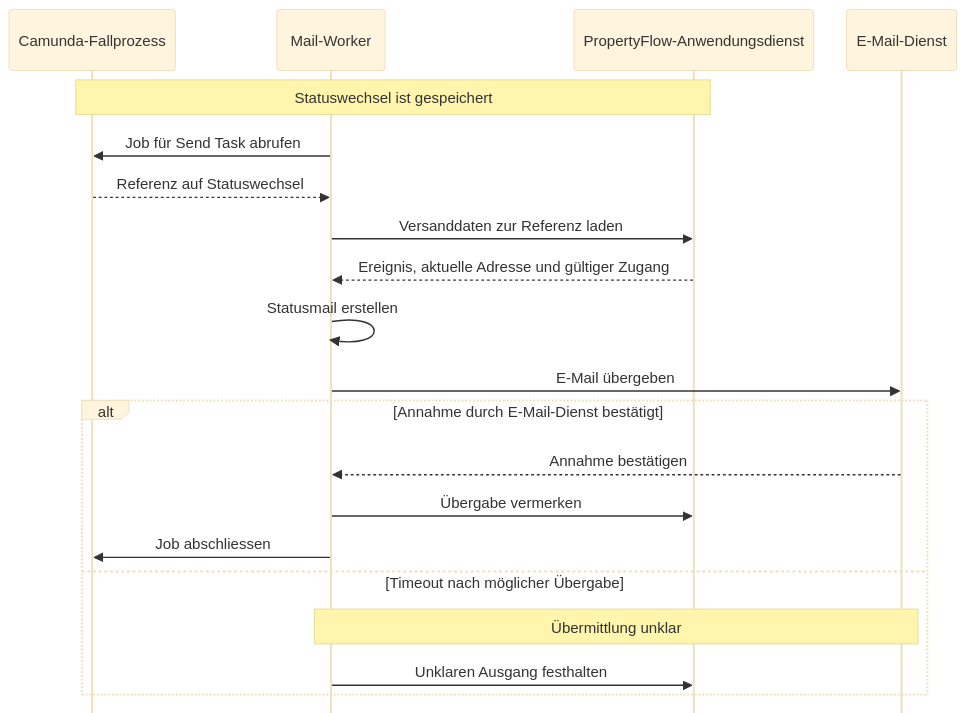
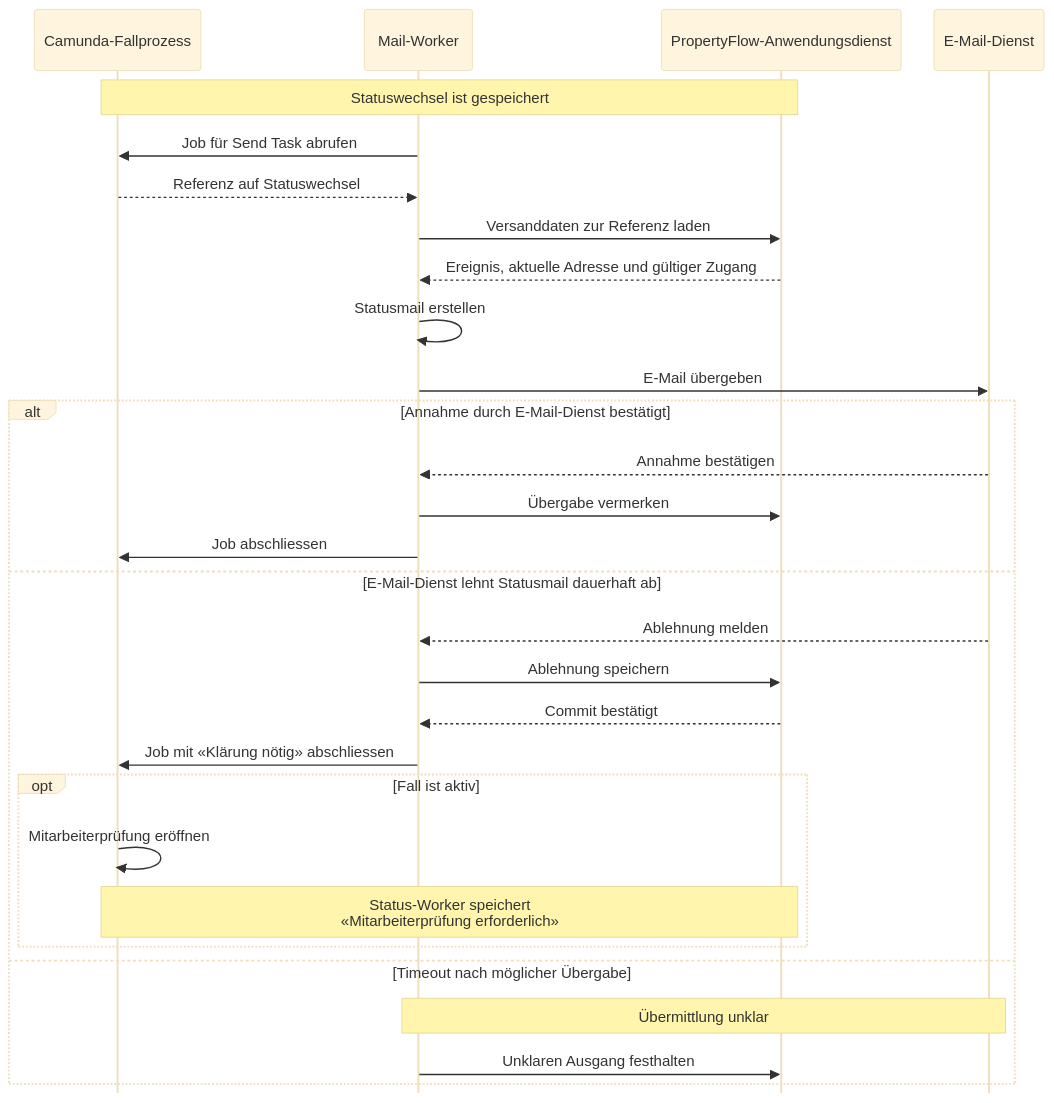
One commit to permarco/propertyflow changed the second of 2 diagrams in docs/use_cases/UC-019-fallbenachrichtigung-zustellen.md. Above: the diagram before and after it, drawn with Mermaid (base theme). The commit also changed other lines of this file and 20 other files, not shown here.

````diff
--- a/docs/use_cases/UC-019-fallbenachrichtigung-zustellen.md
+++ b/docs/use_cases/UC-019-fallbenachrichtigung-zustellen.md
@@ -51,30 +51,39 @@
 ```mermaid
 ---
 config:
   sequence:
     actorMargin: 35
     mirrorActors: false
     width: 115
 ---
 sequenceDiagram
     participant Prozess as Camunda-Fallprozess
     participant Versand as Mail-Worker
     participant Fall as PropertyFlow-Anwendungsdienst
     participant Mail as E-Mail-Dienst
 
     Note over Prozess,Fall: Statuswechsel ist gespeichert
     Versand->>Prozess: Job für Send Task abrufen
     Prozess-->>Versand: Referenz auf Statuswechsel
     Versand->>Fall: Versanddaten zur Referenz laden
     Fall-->>Versand: Ereignis, aktuelle Adresse und gültiger Zugang
     Versand->>Versand: Statusmail erstellen
     Versand->>Mail: E-Mail übergeben
     alt Annahme durch E-Mail-Dienst bestätigt
         Mail-->>Versand: Annahme bestätigen
         Versand->>Fall: Übergabe vermerken
         Versand->>Prozess: Job abschliessen
+    else E-Mail-Dienst lehnt Statusmail dauerhaft ab
+        Mail-->>Versand: Ablehnung melden
+        Versand->>Fall: Ablehnung speichern
+        Fall-->>Versand: Commit bestätigt
+        Versand->>Prozess: Job mit «Klärung nötig» abschliessen
+        opt Fall ist aktiv
+            Prozess->>Prozess: Mitarbeiterprüfung eröffnen
+            Note over Prozess,Fall: Status-Worker speichert<br/>«Mitarbeiterprüfung erforderlich»
+        end
     else Timeout nach möglicher Übergabe
         Note over Versand,Mail: Übermittlung unklar
         Versand->>Fall: Unklaren Ausgang festhalten
     end
 ```
````
